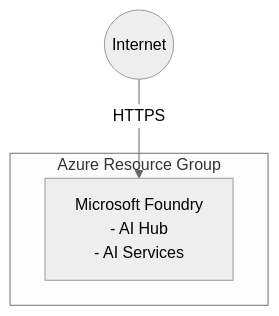
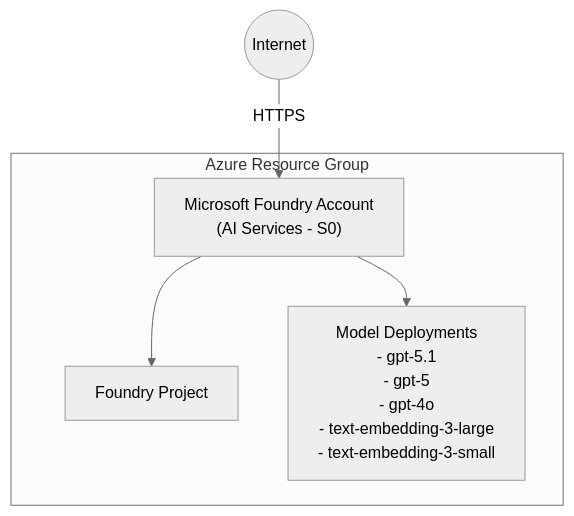
The diagram in infra/scenarios/azure_microsoft_foundry/README.md (ks6088ts/template-github-copilot), drawn with Mermaid (neutral theme) before and after one commit. The commit also changed other lines of this file and 2 other files, not shown here.

Commit message:
add docs for azure_microsoft_foundry

````diff
--- a/infra/scenarios/azure_microsoft_foundry/README.md
+++ b/infra/scenarios/azure_microsoft_foundry/README.md
@@ -7,10 +9,14 @@
 ```mermaid
 flowchart TB
     Internet((Internet))
 
     subgraph Azure["Azure Resource Group"]
-        MF["Microsoft Foundry<br/>- AI Hub<br/>- AI Services"]
+        Account["Microsoft Foundry Account<br/>(AI Services - S0)"]
+        Project["Foundry Project"]
+        Deployments["Model Deployments<br/>- gpt-5.1<br/>- gpt-5<br/>- gpt-4o<br/>- text-embedding-3-large<br/>- text-embedding-3-small"]
     end
 
-    Internet -->|HTTPS| MF
+    Internet -->|HTTPS| Account
+    Account --> Project
+    Account --> Deployments
 ```
````
